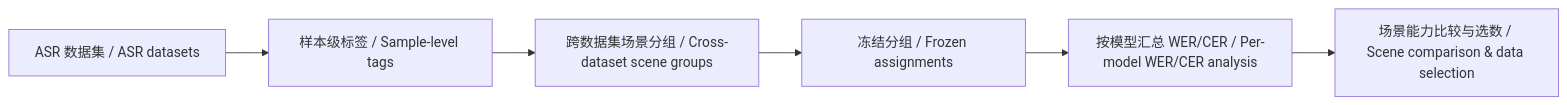
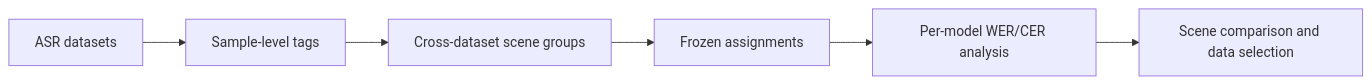
Before and after one commit to PigeonDan1/sure-tagger: the diagram in README.md, drawn with Mermaid. The commit also changed other lines of this file and 4 other files, not shown here.

````diff
--- a/README.md
+++ b/README.md
@@ -25,8 +49,8 @@
 ```mermaid
 flowchart LR
-    A[ASR 数据集 / ASR datasets] --> B[样本级标签 / Sample-level tags]
-    B --> C[跨数据集场景分组 / Cross-dataset scene groups]
-    C --> D[冻结分组 / Frozen assignments]
-    D --> E[按模型汇总 WER/CER / Per-model WER/CER analysis]
-    E --> F[场景能力比较与选数 / Scene comparison & data selection]
+    A[ASR datasets] --> B[Sample-level tags]
+    B --> C[Cross-dataset scene groups]
+    C --> D[Frozen assignments]
+    D --> E[Per-model WER/CER analysis]
+    E --> F[Scene comparison and data selection]
 ```
````
